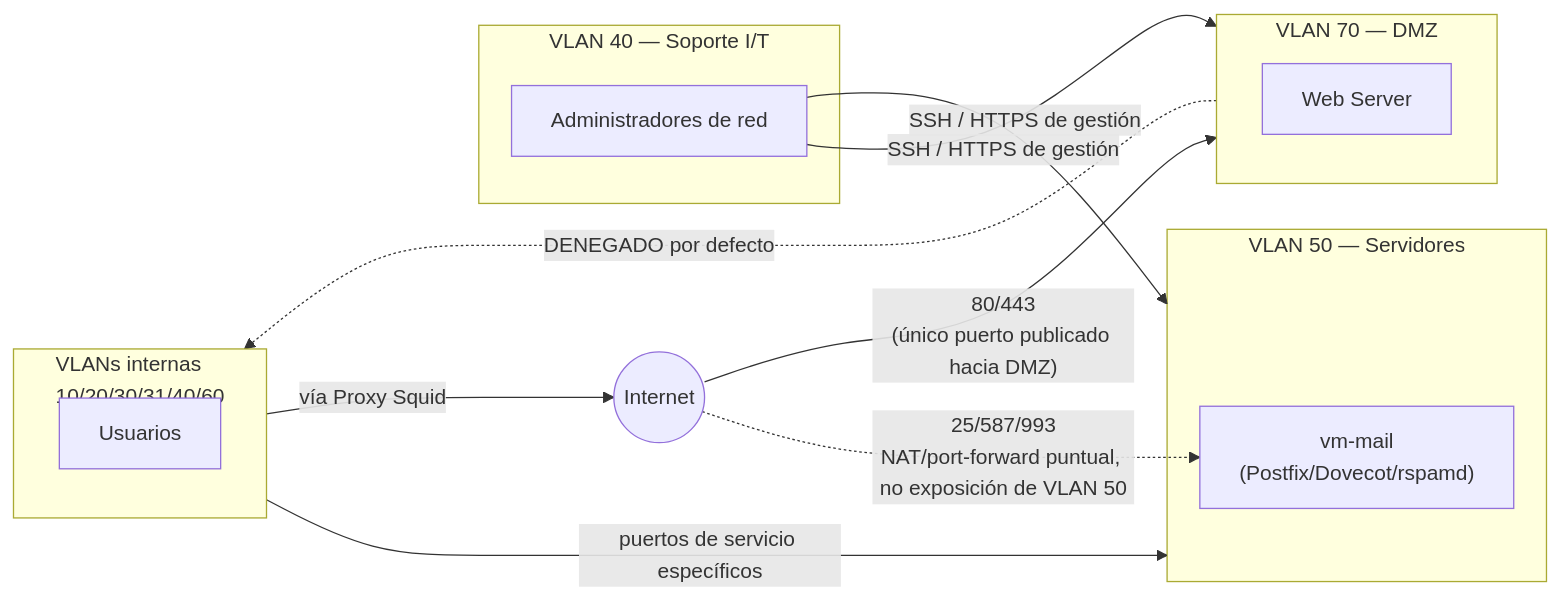
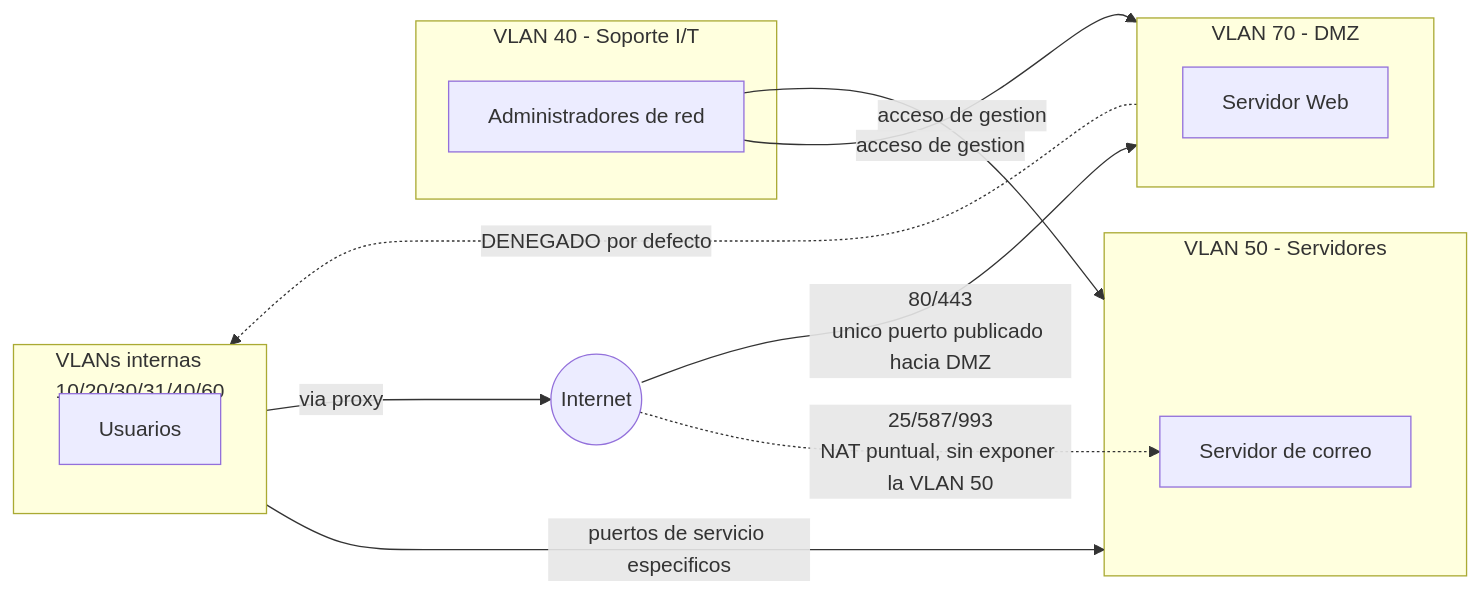
Before and after one commit to Samuel-s-Proyects/Redes-Proyecto-Final: the sixth of 9 diagrams in Fase-3-LAN-WAN-VPN-Seguridad/03-Fase3-LAN-WAN-VPN-Seguridad.md, drawn with Mermaid. The commit also changed other lines of this file and 13 other files, not shown here.

````diff
--- a/Fase-3-LAN-WAN-VPN-Seguridad/03-Fase3-LAN-WAN-VPN-Seguridad.md
+++ b/Fase-3-LAN-WAN-VPN-Seguridad/03-Fase3-LAN-WAN-VPN-Seguridad.md
@@ -56,28 +916,28 @@
 ```mermaid
 flowchart LR
     INT(("Internet"))
 
-    subgraph DMZ["VLAN 70 — DMZ"]
-        WEB["Web Server"]
+    subgraph DMZ["VLAN 70 - DMZ"]
+        WEB["Servidor Web"]
     end
 
     subgraph LANINT["VLANs internas\n10/20/30/31/40/60"]
         USERS["Usuarios"]
     end
 
-    subgraph SRV["VLAN 50 — Servidores"]
-        MAILVM["vm-mail\n(Postfix/Dovecot/rspamd)"]
+    subgraph SRV["VLAN 50 - Servidores"]
+        MAILVM["Servidor de correo"]
     end
 
-    subgraph SOPORTE["VLAN 40 — Soporte I/T"]
+    subgraph SOPORTE["VLAN 40 - Soporte I/T"]
         ADMIN["Administradores de red"]
     end
 
-    INT -->|"80/443\n(único puerto publicado hacia DMZ)"| DMZ
-    INT -.->|"25/587/993\nNAT/port-forward puntual, no exposición de VLAN 50"| MAILVM
+    INT -->|"80/443\nunico puerto publicado hacia DMZ"| DMZ
+    INT -.->|"25/587/993\nNAT puntual, sin exponer la VLAN 50"| MAILVM
     DMZ -.->|"DENEGADO por defecto"| LANINT
-    LANINT -->|"puertos de servicio específicos"| SRV
-    ADMIN -->|"SSH / HTTPS de gestión"| DMZ
-    ADMIN -->|"SSH / HTTPS de gestión"| SRV
-    LANINT -->|"vía Proxy Squid"| INT
+    LANINT -->|"puertos de servicio especificos"| SRV
+    ADMIN -->|"acceso de gestion"| DMZ
+    ADMIN -->|"acceso de gestion"| SRV
+    LANINT -->|"via proxy"| INT
 ```
````
